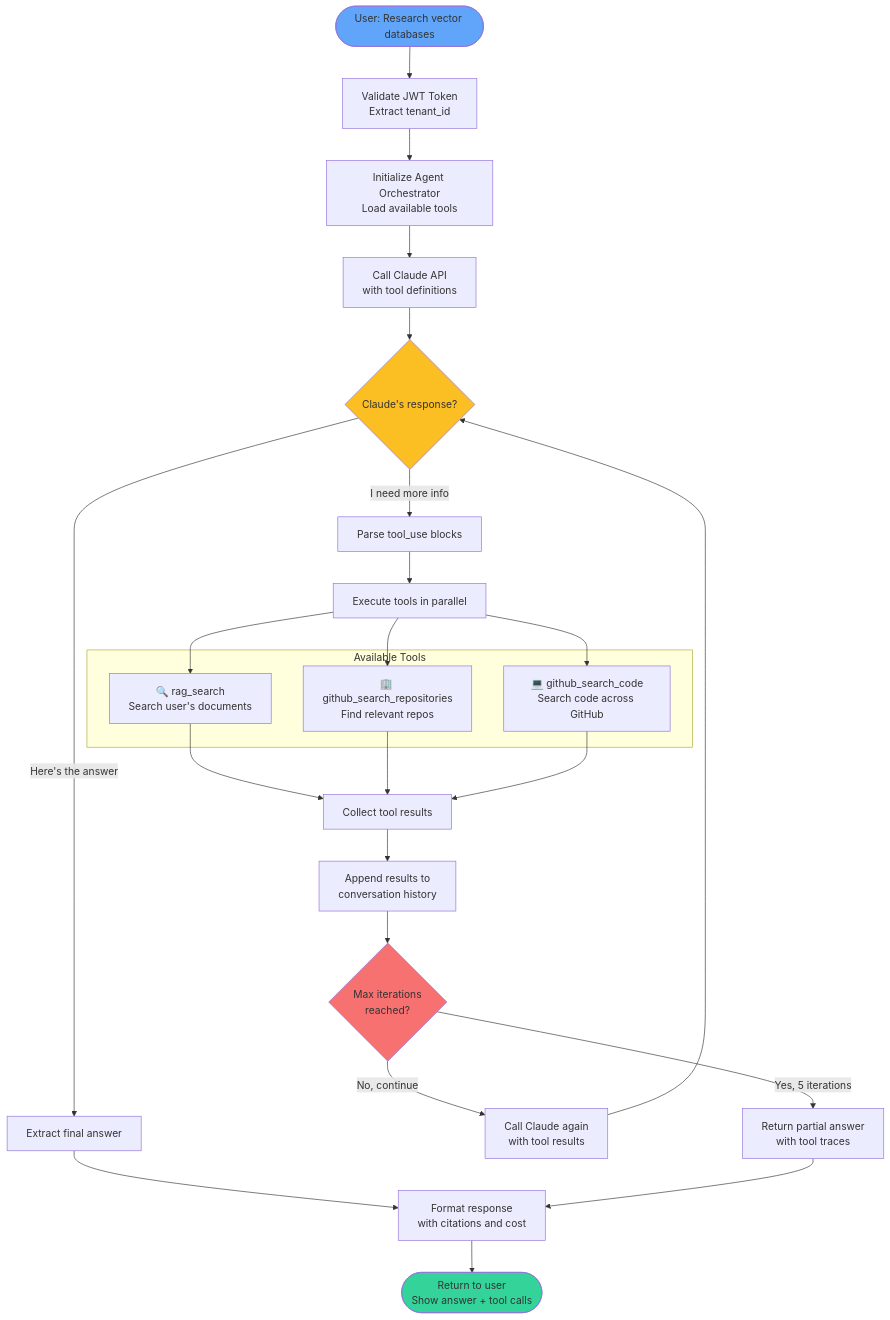
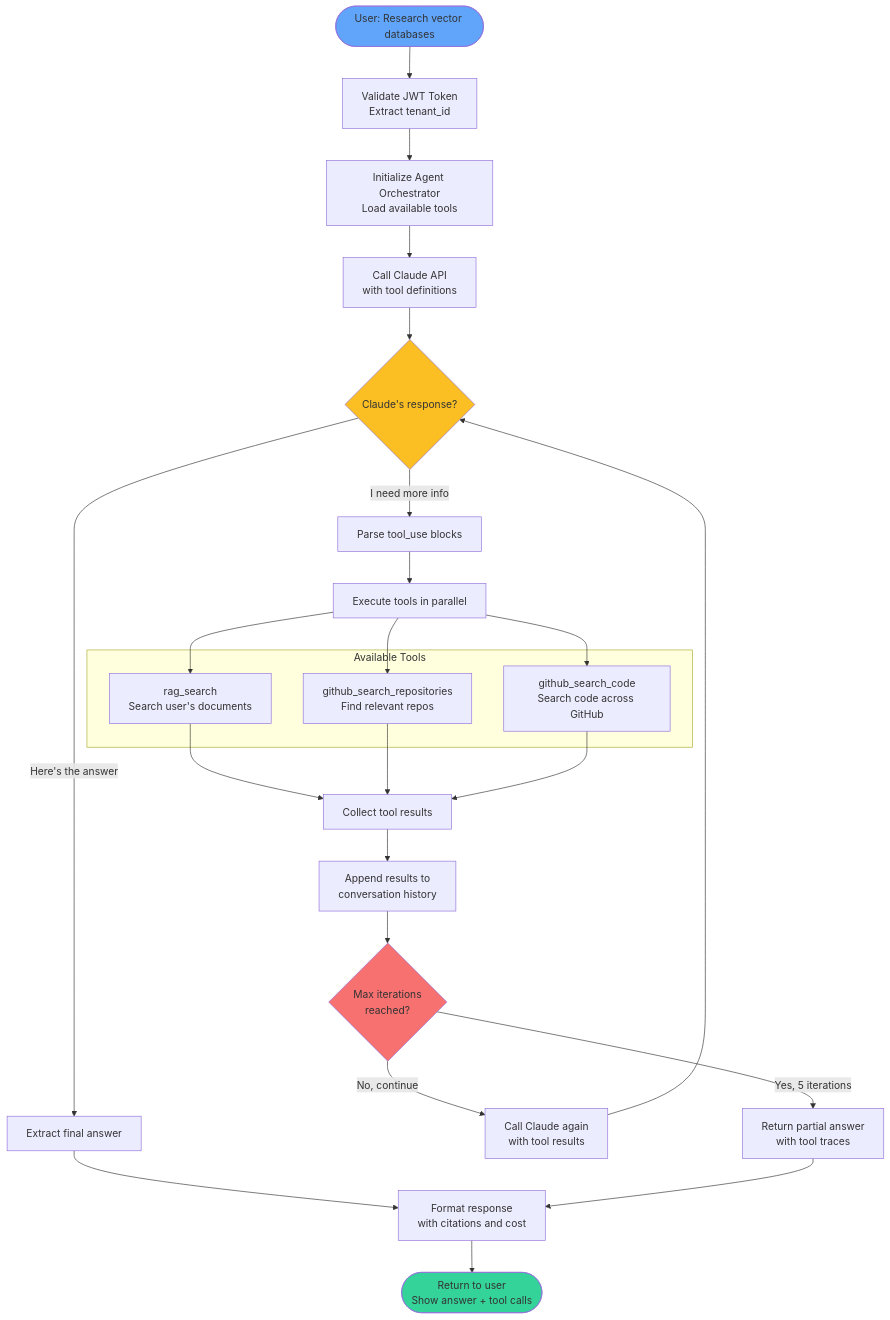
The fifth of 6 diagrams in README.md (objectgyan/rag-poc-dotnet-qdrant), drawn with Mermaid before and after one commit. The commit also changed other lines of this file and 1 other file, not shown here.

Commit message:
fix: Fix Mermaid diagram rendering issues for browser compatibility
- Removed emoji characters (📄, 🔍, 🏢, 💻) that cause rendering issues in some browsers
- Fixed Agent Workflow diagram tool execution subgraph connections
- Moved deployment notes from diagram to separate section for better rendering
- All diagrams now render correctly on GitHub and other Mermaid-compatible platforms

````diff
--- a/README.md
+++ b/README.md
@@ -335,45 +335,45 @@
 ```mermaid
 flowchart TD
     Start([User: Research vector databases]) --> ValidateJWT[Validate JWT Token<br/>Extract tenant_id]
     ValidateJWT --> InitAgent[Initialize Agent Orchestrator<br/>Load available tools]
     InitAgent --> CallClaude1[Call Claude API<br/>with tool definitions]
     
     CallClaude1 --> Decision{Claude's response?}
     
     Decision -->|I need more info| ParseTools[Parse tool_use blocks]
     Decision -->|Here's the answer| FinalAnswer[Extract final answer]
     
     ParseTools --> ExecuteTools[Execute tools in parallel]
     
     subgraph "Available Tools"
-        RagSearch[🔍 rag_search<br/>Search user's documents]
-        GitHubRepos[🏢 github_search_repositories<br/>Find relevant repos]
-        GitHubCode[💻 github_search_code<br/>Search code across GitHub]
+        RagSearch[rag_search<br/>Search user's documents]
+        GitHubRepos[github_search_repositories<br/>Find relevant repos]
+        GitHubCode[github_search_code<br/>Search code across GitHub]
     end
     
     ExecuteTools --> RagSearch
     ExecuteTools --> GitHubRepos
     ExecuteTools --> GitHubCode
     
     RagSearch --> Results[Collect tool results]
     GitHubRepos --> Results
     GitHubCode --> Results
     
     Results --> AppendHistory[Append results to<br/>conversation history]
     AppendHistory --> CheckLimit{Max iterations<br/>reached?}
     
     CheckLimit -->|No, continue| CallClaude2[Call Claude again<br/>with tool results]
     CallClaude2 --> Decision
     
     CheckLimit -->|Yes, 5 iterations| MaxReached[Return partial answer<br/>with tool traces]
     
     FinalAnswer --> Response[Format response<br/>with citations and cost]
     MaxReached --> Response
     
     Response --> End([Return to user<br/>Show answer + tool calls])
     
     style Start fill:#60a5fa
     style End fill:#34d399
     style Decision fill:#fbbf24
     style CheckLimit fill:#f87171
 ```
````
